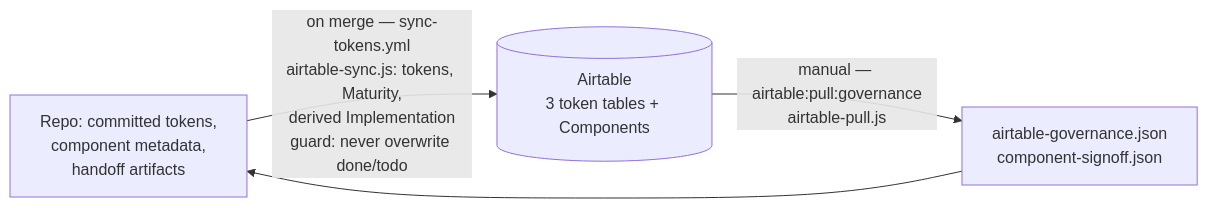
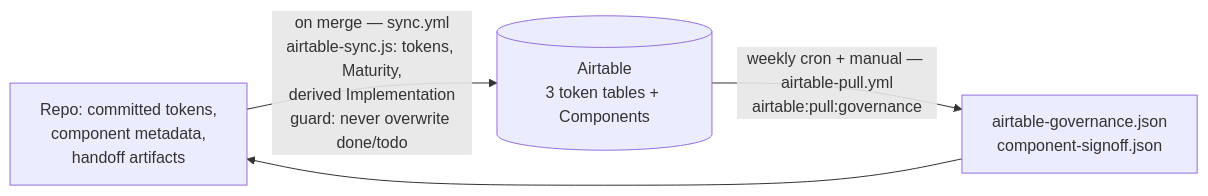
The diagram in docs/05-governance.md (F4cu/upskill-design-system), drawn with Mermaid before and after one commit. The commit also changed other lines of this file and 7 other files, not shown here.

First line of the commit message:
Post-merge snapshot auto-commit + weekly Airtable governance pull (#59)

````diff
--- a/docs/05-governance.md
+++ b/docs/05-governance.md
@@ -54,8 +55,8 @@
 ```mermaid
 flowchart LR
     R[Repo: committed tokens,<br/>component metadata,<br/>handoff artifacts]
     A[(Airtable<br/>3 token tables + Components)]
-    R -->|"on merge — sync-tokens.yml<br/>airtable-sync.js: tokens, Maturity,<br/>derived Implementation<br/>guard: never overwrite done/todo"| A
-    A -->|"manual — airtable:pull:governance<br/>airtable-pull.js"| G[airtable-governance.json<br/>component-signoff.json]
+    R -->|"on merge — sync.yml<br/>airtable-sync.js: tokens, Maturity,<br/>derived Implementation<br/>guard: never overwrite done/todo"| A
+    A -->|"weekly cron + manual — airtable-pull.yml<br/>airtable:pull:governance"| G[airtable-governance.json<br/>component-signoff.json]
     G --> R
 ```
````
